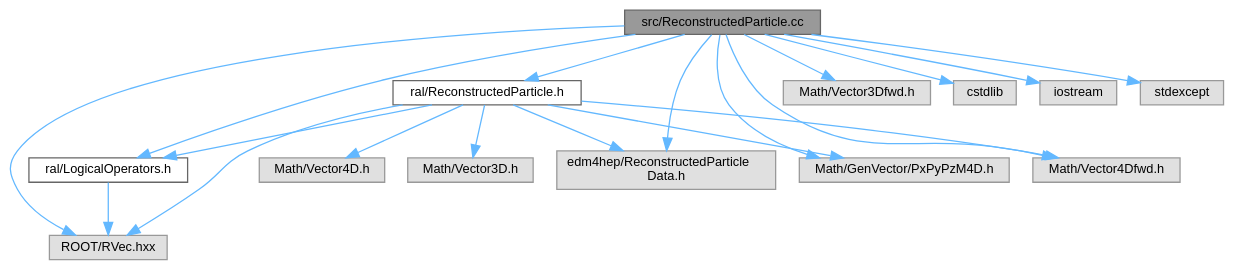
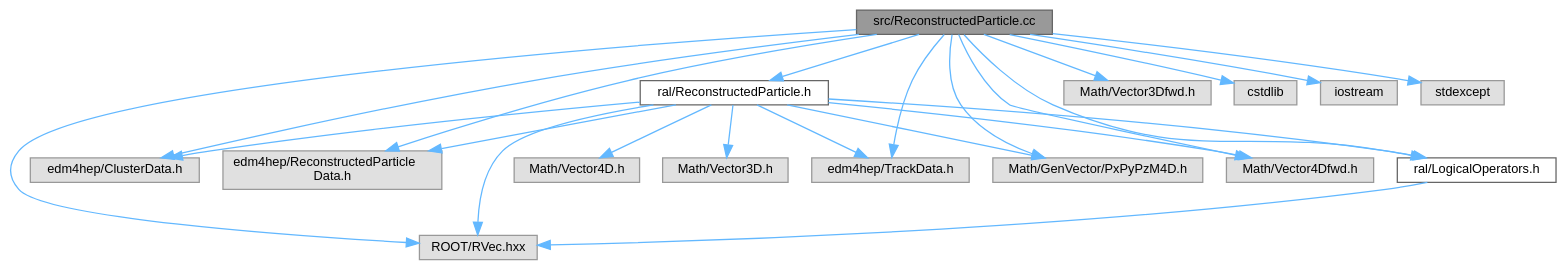
Before and after one commit to Juanki0396/ral: the diagram in docs/ReconstructedParticle_8cc__incl.dot, drawn with Graphviz. The commit also changed 12 other files, not shown here.

```diff
--- a/docs/ReconstructedParticle_8cc__incl.dot
+++ b/docs/ReconstructedParticle_8cc__incl.dot
@@ -1,38 +1,44 @@
 digraph "src/ReconstructedParticle.cc"
 {
  // LATEX_PDF_SIZE
   bgcolor="transparent";
   edge [fontname=Helvetica,fontsize=10,labelfontname=Helvetica,labelfontsize=10];
   node [fontname=Helvetica,fontsize=10,shape=box,height=0.2,width=0.4];
   Node1 [id="Node000001",label="src/ReconstructedParticle.cc",height=0.2,width=0.4,color="gray40", fillcolor="grey60", style="filled", fontcolor="black",tooltip=" "];
   Node1 -> Node2 [id="edge1_Node000001_Node000002",color="steelblue1",style="solid",tooltip=" "];
   Node2 [id="Node000002",label="ral/ReconstructedParticle.h",height=0.2,width=0.4,color="grey40", fillcolor="white", style="filled",URL="$ReconstructedParticle_8h.html",tooltip=" "];
   Node2 -> Node3 [id="edge2_Node000002_Node000003",color="steelblue1",style="solid",tooltip=" "];
   Node3 [id="Node000003",label="Math/Vector3D.h",height=0.2,width=0.4,color="grey60", fillcolor="#E0E0E0", style="filled",tooltip=" "];
   Node2 -> Node4 [id="edge3_Node000002_Node000004",color="steelblue1",style="solid",tooltip=" "];
   Node4 [id="Node000004",label="Math/Vector4D.h",height=0.2,width=0.4,color="grey60", fillcolor="#E0E0E0", style="filled",tooltip=" "];
   Node2 -> Node5 [id="edge4_Node000002_Node000005",color="steelblue1",style="solid",tooltip=" "];
   Node5 [id="Node000005",label="ROOT/RVec.hxx",height=0.2,width=0.4,color="grey60", fillcolor="#E0E0E0", style="filled",tooltip=" "];
   Node2 -> Node6 [id="edge5_Node000002_Node000006",color="steelblue1",style="solid",tooltip=" "];
-  Node6 [id="Node000006",label="edm4hep/ReconstructedParticle\lData.h",height=0.2,width=0.4,color="grey60", fillcolor="#E0E0E0", style="filled",tooltip=" "];
+  Node6 [id="Node000006",label="edm4hep/ClusterData.h",height=0.2,width=0.4,color="grey60", fillcolor="#E0E0E0", style="filled",tooltip=" "];
   Node2 -> Node7 [id="edge6_Node000002_Node000007",color="steelblue1",style="solid",tooltip=" "];
-  Node7 [id="Node000007",label="ral/LogicalOperators.h",height=0.2,width=0.4,color="grey40", fillcolor="white", style="filled",URL="$LogicalOperators_8h.html",tooltip=" "];
-  Node7 -> Node5 [id="edge7_Node000007_Node000005",color="steelblue1",style="solid",tooltip=" "];
-  Node2 -> Node8 [id="edge8_Node000002_Node000008",color="steelblue1",style="solid",tooltip=" "];
-  Node8 [id="Node000008",label="Math/GenVector/PxPyPzM4D.h",height=0.2,width=0.4,color="grey60", fillcolor="#E0E0E0", style="filled",tooltip=" "];
-  Node2 -> Node9 [id="edge9_Node000002_Node000009",color="steelblue1",style="solid",tooltip=" "];
-  Node9 [id="Node000009",label="Math/Vector4Dfwd.h",height=0.2,width=0.4,color="grey60", fillcolor="#E0E0E0", style="filled",tooltip=" "];
-  Node1 -> Node7 [id="edge10_Node000001_Node000007",color="steelblue1",style="solid",tooltip=" "];
-  Node1 -> Node8 [id="edge11_Node000001_Node000008",color="steelblue1",style="solid",tooltip=" "];
-  Node1 -> Node10 [id="edge12_Node000001_Node000010",color="steelblue1",style="solid",tooltip=" "];
-  Node10 [id="Node000010",label="Math/Vector3Dfwd.h",height=0.2,width=0.4,color="grey60", fillcolor="#E0E0E0", style="filled",tooltip=" "];
-  Node1 -> Node9 [id="edge13_Node000001_Node000009",color="steelblue1",style="solid",tooltip=" "];
-  Node1 -> Node5 [id="edge14_Node000001_Node000005",color="steelblue1",style="solid",tooltip=" "];
+  Node7 [id="Node000007",label="edm4hep/ReconstructedParticle\lData.h",height=0.2,width=0.4,color="grey60", fillcolor="#E0E0E0", style="filled",tooltip=" "];
+  Node2 -> Node8 [id="edge7_Node000002_Node000008",color="steelblue1",style="solid",tooltip=" "];
+  Node8 [id="Node000008",label="edm4hep/TrackData.h",height=0.2,width=0.4,color="grey60", fillcolor="#E0E0E0", style="filled",tooltip=" "];
+  Node2 -> Node9 [id="edge8_Node000002_Node000009",color="steelblue1",style="solid",tooltip=" "];
+  Node9 [id="Node000009",label="ral/LogicalOperators.h",height=0.2,width=0.4,color="grey40", fillcolor="white", style="filled",URL="$LogicalOperators_8h.html",tooltip=" "];
+  Node9 -> Node5 [id="edge9_Node000009_Node000005",color="steelblue1",style="solid",tooltip=" "];
+  Node2 -> Node10 [id="edge10_Node000002_Node000010",color="steelblue1",style="solid",tooltip=" "];
+  Node10 [id="Node000010",label="Math/GenVector/PxPyPzM4D.h",height=0.2,width=0.4,color="grey60", fillcolor="#E0E0E0", style="filled",tooltip=" "];
+  Node2 -> Node11 [id="edge11_Node000002_Node000011",color="steelblue1",style="solid",tooltip=" "];
+  Node11 [id="Node000011",label="Math/Vector4Dfwd.h",height=0.2,width=0.4,color="grey60", fillcolor="#E0E0E0", style="filled",tooltip=" "];
+  Node1 -> Node9 [id="edge12_Node000001_Node000009",color="steelblue1",style="solid",tooltip=" "];
+  Node1 -> Node10 [id="edge13_Node000001_Node000010",color="steelblue1",style="solid",tooltip=" "];
+  Node1 -> Node12 [id="edge14_Node000001_Node000012",color="steelblue1",style="solid",tooltip=" "];
+  Node12 [id="Node000012",label="Math/Vector3Dfwd.h",height=0.2,width=0.4,color="grey60", fillcolor="#E0E0E0", style="filled",tooltip=" "];
   Node1 -> Node11 [id="edge15_Node000001_Node000011",color="steelblue1",style="solid",tooltip=" "];
-  Node11 [id="Node000011",label="cstdlib",height=0.2,width=0.4,color="grey60", fillcolor="#E0E0E0", style="filled",tooltip=" "];
-  Node1 -> Node6 [id="edge16_Node000001_Node000006",color="steelblue1",style="solid",tooltip=" "];
-  Node1 -> Node12 [id="edge17_Node000001_Node000012",color="steelblue1",style="solid",tooltip=" "];
-  Node12 [id="Node000012",label="iostream",height=0.2,width=0.4,color="grey60", fillcolor="#E0E0E0", style="filled",tooltip=" "];
-  Node1 -> Node13 [id="edge18_Node000001_Node000013",color="steelblue1",style="solid",tooltip=" "];
-  Node13 [id="Node000013",label="stdexcept",height=0.2,width=0.4,color="grey60", fillcolor="#E0E0E0", style="filled",tooltip=" "];
+  Node1 -> Node5 [id="edge16_Node000001_Node000005",color="steelblue1",style="solid",tooltip=" "];
+  Node1 -> Node13 [id="edge17_Node000001_Node000013",color="steelblue1",style="solid",tooltip=" "];
+  Node13 [id="Node000013",label="cstdlib",height=0.2,width=0.4,color="grey60", fillcolor="#E0E0E0", style="filled",tooltip=" "];
+  Node1 -> Node6 [id="edge18_Node000001_Node000006",color="steelblue1",style="solid",tooltip=" "];
+  Node1 -> Node7 [id="edge19_Node000001_Node000007",color="steelblue1",style="solid",tooltip=" "];
+  Node1 -> Node8 [id="edge20_Node000001_Node000008",color="steelblue1",style="solid",tooltip=" "];
+  Node1 -> Node14 [id="edge21_Node000001_Node000014",color="steelblue1",style="solid",tooltip=" "];
+  Node14 [id="Node000014",label="iostream",height=0.2,width=0.4,color="grey60", fillcolor="#E0E0E0", style="filled",tooltip=" "];
+  Node1 -> Node15 [id="edge22_Node000001_Node000015",color="steelblue1",style="solid",tooltip=" "];
+  Node15 [id="Node000015",label="stdexcept",height=0.2,width=0.4,color="grey60", fillcolor="#E0E0E0", style="filled",tooltip=" "];
 }
```
